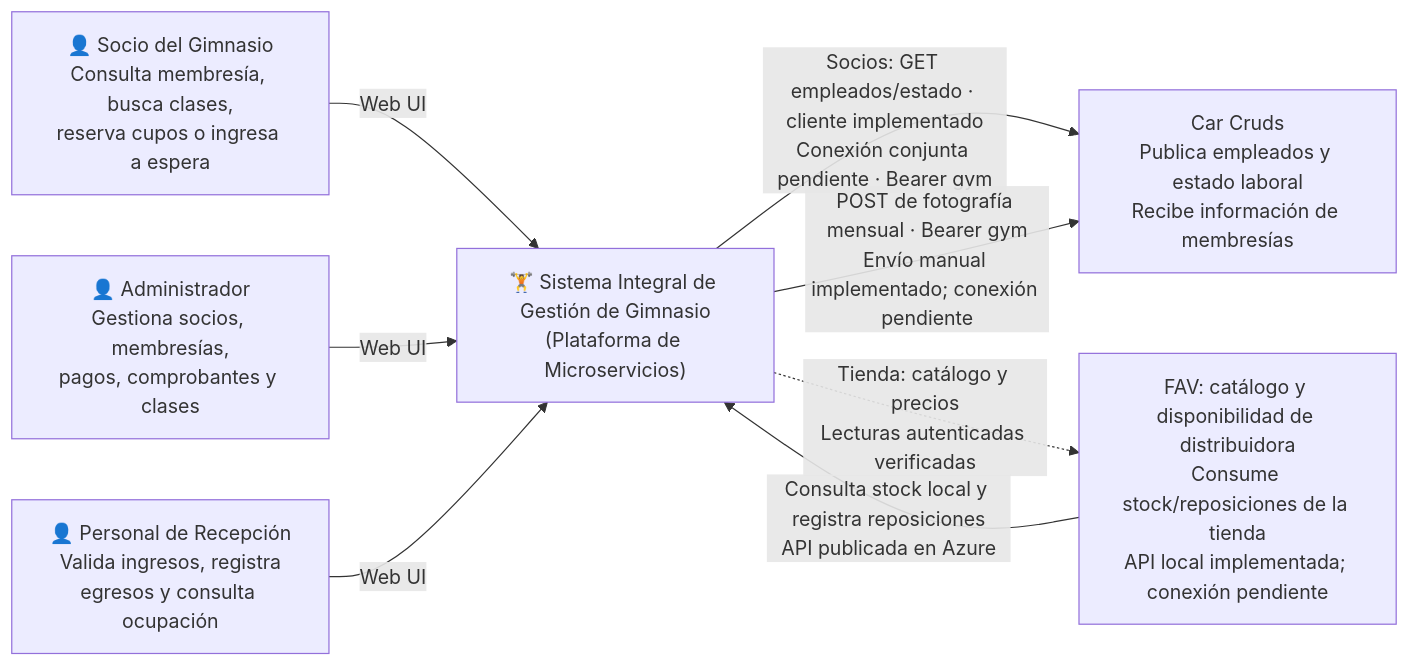
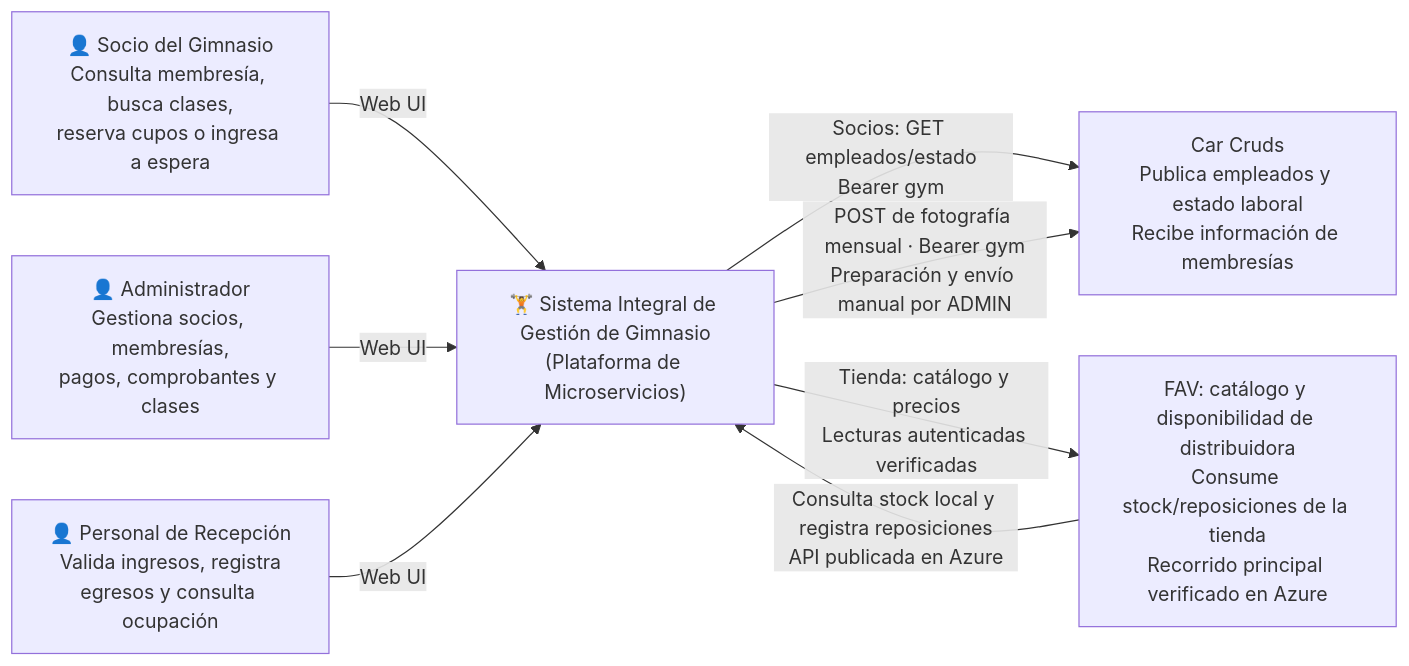
Before and after one commit to PabloMarquezCapilla/Gestion-gimnasio-arquitectura-software: the second of 4 diagrams in docs/ARCHITECTURE.md, drawn with Mermaid. The commit also changed other lines of this file and 11 other files, not shown here.

````diff
--- a/docs/ARCHITECTURE.md
+++ b/docs/ARCHITECTURE.md
@@ -139,18 +139,18 @@
 ```mermaid
 flowchart LR
     socio["👤 Socio del Gimnasio<br/>Consulta membresía, busca clases,<br/>reserva cupos o ingresa a espera"]
     admin["👤 Administrador<br/>Gestiona socios, membresías,<br/>pagos, comprobantes y clases"]
     recepcion["👤 Personal de Recepción<br/>Valida ingresos, registra<br/>egresos y consulta ocupación"]
     consumidor["Car Cruds<br/>Publica empleados y estado laboral<br/>Recibe información de membresías"]
-    proveedor["FAV: catálogo y disponibilidad de distribuidora<br/>Consume stock/reposiciones de la tienda<br/>API local implementada; conexión pendiente"]
+    proveedor["FAV: catálogo y disponibilidad de distribuidora<br/>Consume stock/reposiciones de la tienda<br/>Recorrido principal verificado en Azure"]
 
     sistema["🏋️ Sistema Integral de Gestión de Gimnasio<br/>(Plataforma de Microservicios)"]
 
     socio -->|Web UI| sistema
     admin -->|Web UI| sistema
     recepcion -->|Web UI| sistema
-    sistema -->|Socios: GET empleados/estado · cliente implementado<br/>Conexión conjunta pendiente · Bearer gym| consumidor
-    sistema -->|POST de fotografía mensual · Bearer gym<br/>Envío manual implementado; conexión pendiente| consumidor
-    sistema -.->|Tienda: catálogo y precios<br/>Lecturas autenticadas verificadas| proveedor
+    sistema -->|Socios: GET empleados/estado<br/>Bearer gym| consumidor
+    sistema -->|POST de fotografía mensual · Bearer gym<br/>Preparación y envío manual por ADMIN| consumidor
+    sistema -->|Tienda: catálogo y precios<br/>Lecturas autenticadas verificadas| proveedor
     proveedor -->|Consulta stock local y registra reposiciones<br/>API publicada en Azure| sistema
 ```
````
